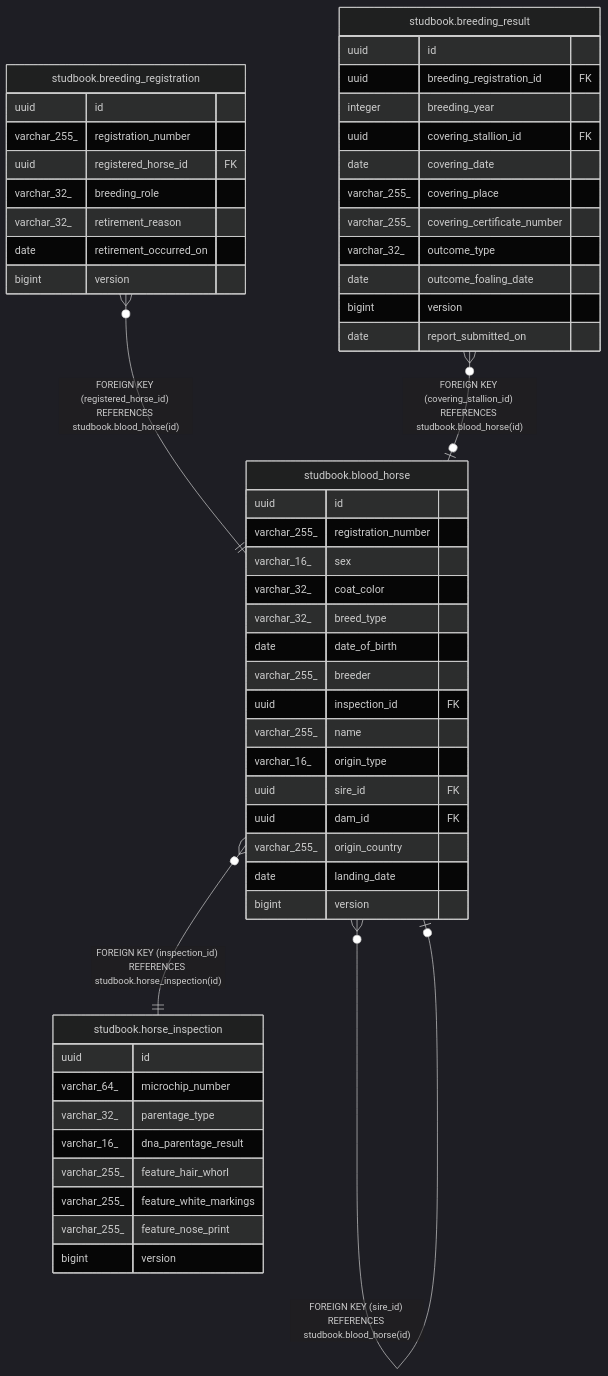
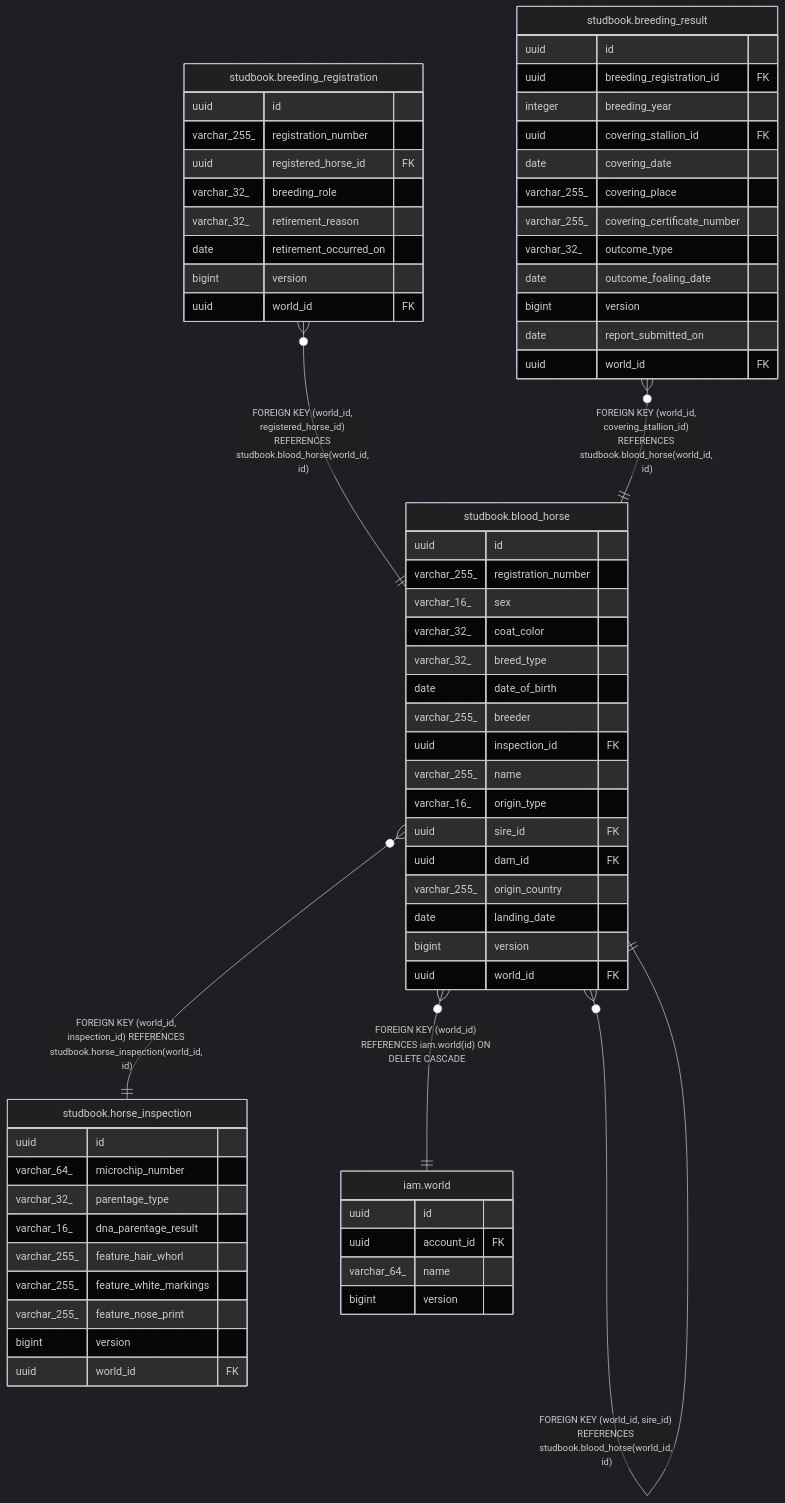
One commit to ptiringo/toy-box changed the diagram in dbdoc/studbook.blood_horse.md. Above: the diagram before and after it, drawn with Mermaid (dark theme). The commit also changed other lines of this file and 129 other files, not shown here.

````diff
--- a/dbdoc/studbook.blood_horse.md
+++ b/dbdoc/studbook.blood_horse.md
@@ -50,59 +54,70 @@
 ```mermaid
 erDiagram
 
-"studbook.breeding_registration" }o--|| "studbook.blood_horse" : "FOREIGN KEY (registered_horse_id) REFERENCES studbook.blood_horse(id)"
-"studbook.blood_horse" }o--o| "studbook.blood_horse" : "FOREIGN KEY (dam_id) REFERENCES studbook.blood_horse(id)"
-"studbook.blood_horse" }o--o| "studbook.blood_horse" : "FOREIGN KEY (sire_id) REFERENCES studbook.blood_horse(id)"
-"studbook.breeding_result" }o--o| "studbook.blood_horse" : "FOREIGN KEY (covering_stallion_id) REFERENCES studbook.blood_horse(id)"
-"studbook.blood_horse" }o--|| "studbook.horse_inspection" : "FOREIGN KEY (inspection_id) REFERENCES studbook.horse_inspection(id)"
+"studbook.breeding_registration" }o--|| "studbook.blood_horse" : "FOREIGN KEY (world_id, registered_horse_id) REFERENCES studbook.blood_horse(world_id, id)"
+"studbook.blood_horse" }o--|| "studbook.blood_horse" : "FOREIGN KEY (world_id, dam_id) REFERENCES studbook.blood_horse(world_id, id)"
+"studbook.blood_horse" }o--|| "studbook.blood_horse" : "FOREIGN KEY (world_id, sire_id) REFERENCES studbook.blood_horse(world_id, id)"
+"studbook.breeding_result" }o--|| "studbook.blood_horse" : "FOREIGN KEY (world_id, covering_stallion_id) REFERENCES studbook.blood_horse(world_id, id)"
+"studbook.blood_horse" }o--|| "studbook.horse_inspection" : "FOREIGN KEY (world_id, inspection_id) REFERENCES studbook.horse_inspection(world_id, id)"
+"studbook.blood_horse" }o--|| "iam.world" : "FOREIGN KEY (world_id) REFERENCES iam.world(id) ON DELETE CASCADE"
 
 "studbook.blood_horse" {
   uuid id
   varchar_255_ registration_number
   varchar_16_ sex
   varchar_32_ coat_color
   varchar_32_ breed_type
   date date_of_birth
   varchar_255_ breeder
   uuid inspection_id FK
   varchar_255_ name
   varchar_16_ origin_type
   uuid sire_id FK
   uuid dam_id FK
   varchar_255_ origin_country
   date landing_date
   bigint version
+  uuid world_id FK
 }
 "studbook.breeding_registration" {
   uuid id
   varchar_255_ registration_number
   uuid registered_horse_id FK
   varchar_32_ breeding_role
   varchar_32_ retirement_reason
   date retirement_occurred_on
   bigint version
+  uuid world_id FK
 }
 "studbook.breeding_result" {
   uuid id
   uuid breeding_registration_id FK
   integer breeding_year
   uuid covering_stallion_id FK
   date covering_date
   varchar_255_ covering_place
   varchar_255_ covering_certificate_number
   varchar_32_ outcome_type
   date outcome_foaling_date
   bigint version
   date report_submitted_on
+  uuid world_id FK
 }
 "studbook.horse_inspection" {
   uuid id
   varchar_64_ microchip_number
   varchar_32_ parentage_type
   varchar_16_ dna_parentage_result
   varchar_255_ feature_hair_whorl
   varchar_255_ feature_white_markings
   varchar_255_ feature_nose_print
   bigint version
+  uuid world_id FK
+}
+"iam.world" {
+  uuid id
+  uuid account_id FK
+  varchar_64_ name
+  bigint version
 }
 ```
````
